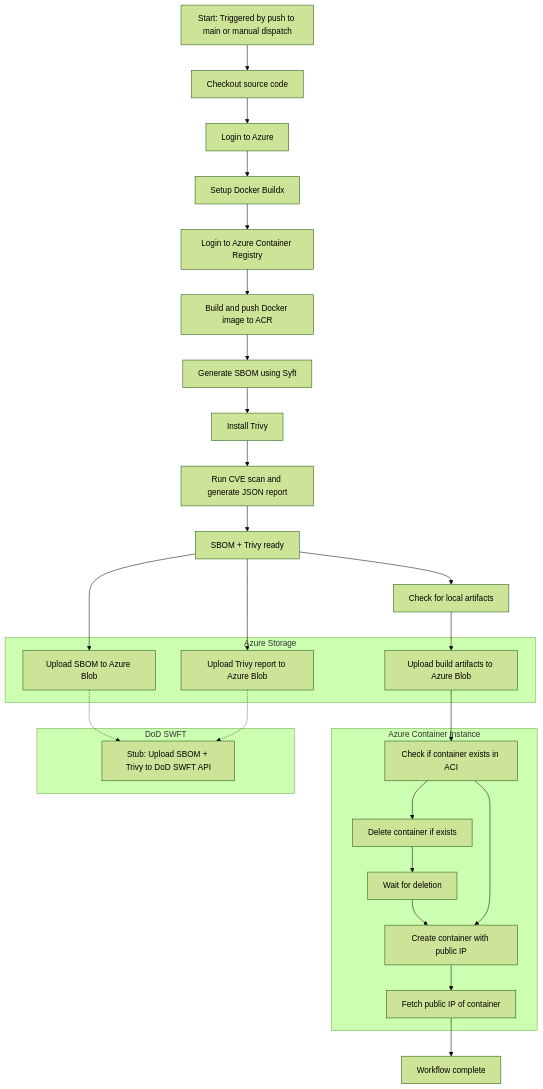
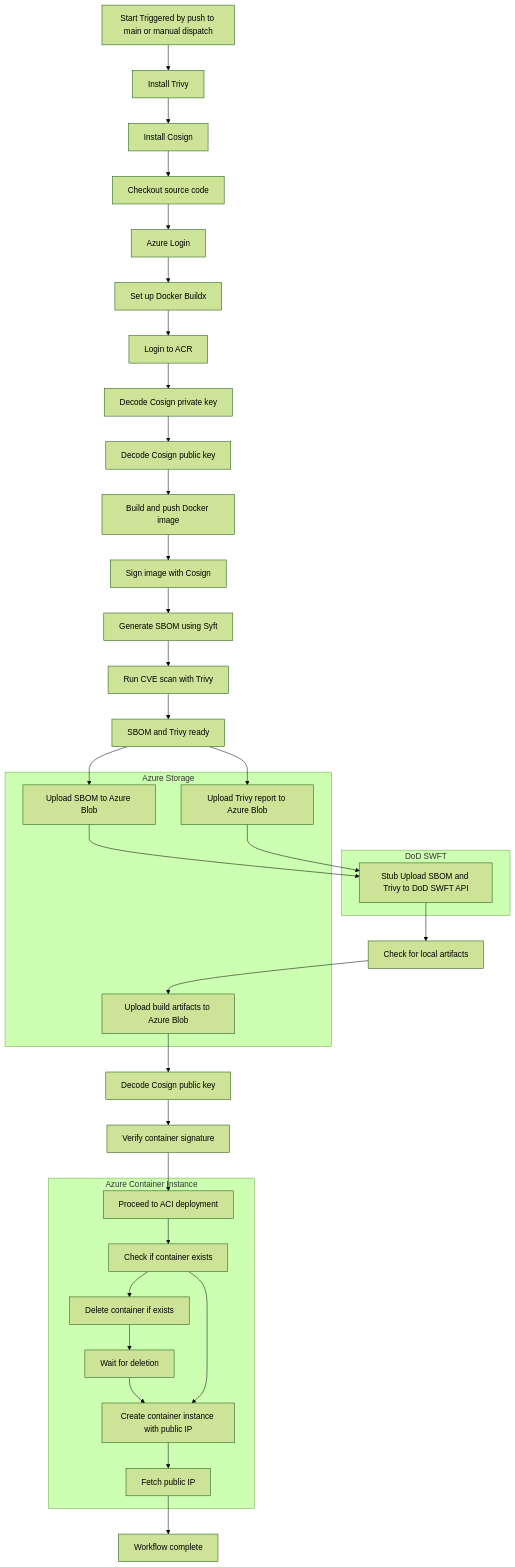
The third of 3 diagrams in explore/swft-pipeline.md (marlinspike/swft), drawn with Mermaid (forest theme) before and after one commit. The commit also changed other lines of this file and 1 other file, not shown here.

Commit message:
Tag from secret

````diff
--- a/explore/swft-pipeline.md
+++ b/explore/swft-pipeline.md
@@ -146,53 +146,52 @@
 ```mermaid
 graph TD
-  start[Start: Triggered by push to main or manual dispatch]
+  start[Start Triggered by push to main or manual dispatch]
 
-  start --> checkout[Checkout source code]
-  checkout --> azure_login[Login to Azure]
-  azure_login --> buildx[Setup Docker Buildx]
-  buildx --> acr_login[Login to Azure Container Registry]
-  acr_login --> docker_build[Build and push Docker image to ACR]
-  docker_build --> generate_sbom[Generate SBOM using Syft]
-  generate_sbom --> install_trivy[Install Trivy]
-  install_trivy --> trivy_scan[Run CVE scan and generate JSON report]
+  start --> install_trivy[Install Trivy]
+  install_trivy --> install_cosign[Install Cosign]
+  install_cosign --> checkout[Checkout source code]
+  checkout --> azure_login[Azure Login]
+  azure_login --> buildx[Set up Docker Buildx]
+  buildx --> acr_login[Login to ACR]
+  acr_login --> decode_cosign_priv[Decode Cosign private key]
+  decode_cosign_priv --> decode_cosign_pub1[Decode Cosign public key]
+  decode_cosign_pub1 --> docker_build[Build and push Docker image]
+  docker_build --> cosign_sign[Sign image with Cosign]
+  cosign_sign --> generate_sbom[Generate SBOM using Syft]
+  generate_sbom --> trivy_scan[Run CVE scan with Trivy]
+  trivy_scan --> analysis_complete[SBOM and Trivy ready]
 
-  trivy_scan --> analysis_complete[SBOM + Trivy ready]
-
-  %% Azure Blob Storage
   subgraph Azure Storage
     upload_sbom_azure[Upload SBOM to Azure Blob]
     upload_trivy_azure[Upload Trivy report to Azure Blob]
     upload_artifacts_azure[Upload build artifacts to Azure Blob]
   end
 
   analysis_complete --> upload_sbom_azure
   analysis_complete --> upload_trivy_azure
-  analysis_complete --> artifact_check[Check for local artifacts]
+  upload_sbom_azure --> swft_stub
+  upload_trivy_azure --> swft_stub
+
+  subgraph DoD SWFT
+    swft_stub[Stub Upload SBOM and Trivy to DoD SWFT API]
+  end
+
+  swft_stub --> artifact_check[Check for local artifacts]
   artifact_check --> upload_artifacts_azure
 
-  %% Azure ACI Deployment
+  upload_artifacts_azure --> decode_cosign_pub2[Decode Cosign public key]
+  decode_cosign_pub2 --> cosign_verify[Verify container signature]
+  cosign_verify --> proceed_deploy[Proceed to ACI deployment]
+
   subgraph Azure Container Instance
-    deploy_check[Check if container exists in ACI]
-    delete_container[Delete container if exists]
-    wait_delete[Wait for deletion]
-    create_container[Create container with public IP]
-    get_ip[Fetch public IP of container]
+    proceed_deploy --> deploy_check[Check if container exists]
+    deploy_check --> delete_container[Delete container if exists]
+    delete_container --> wait_delete[Wait for deletion]
+    wait_delete --> create_container[Create container instance with public IP]
+    deploy_check --> create_container
+    create_container --> get_ip[Fetch public IP]
   end
 
-  upload_artifacts_azure --> deploy_check
-  deploy_check --> delete_container
-  delete_container --> wait_delete
-  wait_delete --> create_container
-  deploy_check --> create_container
-  create_container --> get_ip
   get_ip --> workflow_complete[Workflow complete]
 
-  %% DoD SWFT
-  subgraph DoD SWFT
-    swft_upload[Stub: Upload SBOM + Trivy to DoD SWFT API]
-  end
-
-  upload_sbom_azure -.-> swft_upload
-  upload_trivy_azure -.-> swft_upload
-
 ```
````
